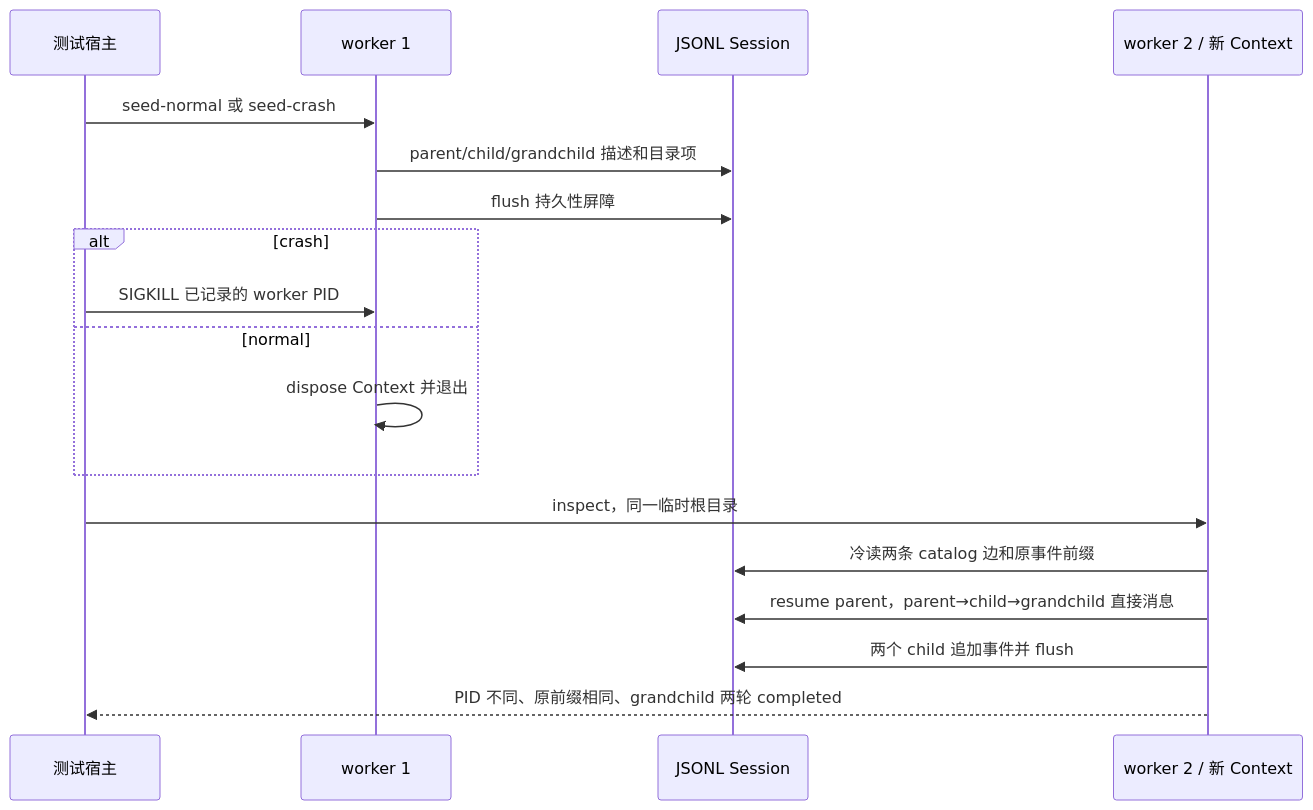
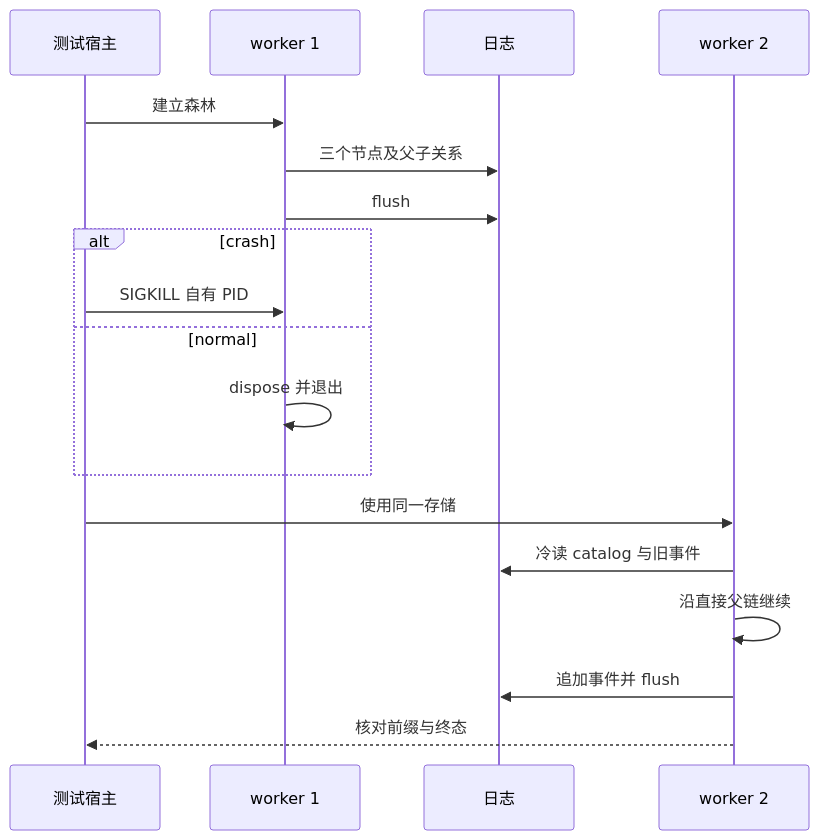
The first of 2 diagrams in labs/workflow-child-lifecycle/RECOVERY.md (eriklee1895/hands-on-dsh), drawn with Mermaid before and after one commit. The commit also changed other lines of this file and 86 other files, not shown here.

Commit message:
docs: improve course narrative, technical guidance, and diagrams

````diff
--- a/labs/workflow-child-lifecycle/RECOVERY.md
+++ b/labs/workflow-child-lifecycle/RECOVERY.md
@@ -38,20 +46,20 @@
 ```mermaid
 sequenceDiagram
     participant T as 测试宿主
     participant W1 as worker 1
-    participant J as JSONL Session
-    participant W2 as worker 2 / 新 Context
-    T->>W1: seed-normal 或 seed-crash
-    W1->>J: parent/child/grandchild 描述和目录项
-    W1->>J: flush 持久性屏障
+    participant J as 日志
+    participant W2 as worker 2
+    T->>W1: 建立森林
+    W1->>J: 三个节点及父子关系
+    W1->>J: flush
     alt crash
-        T->>W1: SIGKILL 已记录的 worker PID
+        T->>W1: SIGKILL 自有 PID
     else normal
-        W1->>W1: dispose Context 并退出
+        W1->>W1: dispose 并退出
     end
-    T->>W2: inspect，同一临时根目录
-    W2->>J: 冷读两条 catalog 边和原事件前缀
-    W2->>J: resume parent，parent→child→grandchild 直接消息
-    W2->>J: 两个 child 追加事件并 flush
-    W2-->>T: PID 不同、原前缀相同、grandchild 两轮 completed
+    T->>W2: 使用同一存储
+    W2->>J: 冷读 catalog 与旧事件
+    W2->>W2: 沿直接父链继续
+    W2->>J: 追加事件并 flush
+    W2-->>T: 核对前缀与终态
 ```
````
